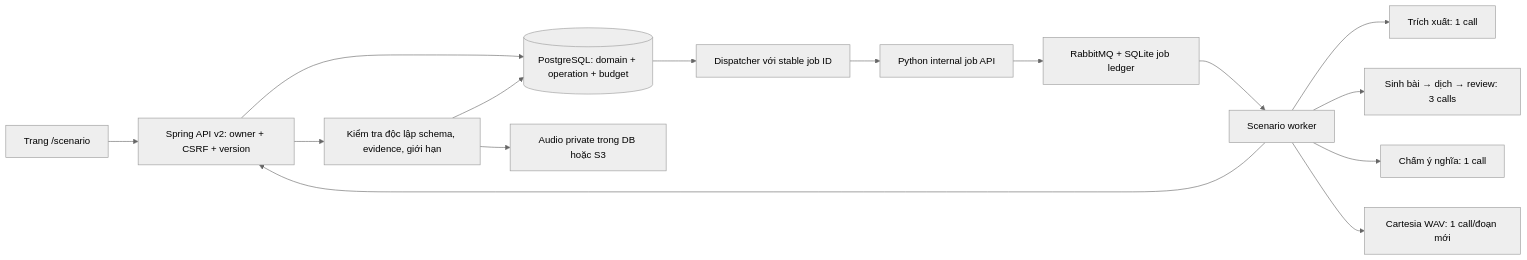
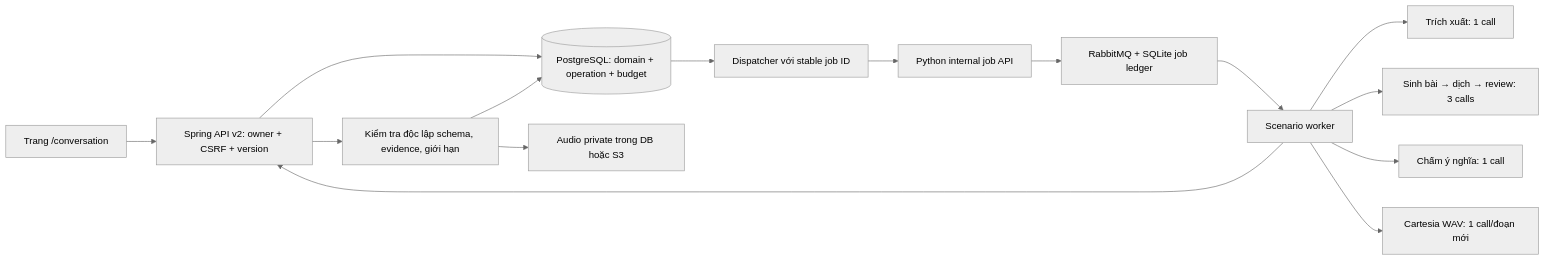
The diagram in docs/scenario-backend-delivery-20261031.md (hoangptkd/dictalab-listening), drawn with Mermaid (neutral theme) before and after one commit. The commit also changed other lines of this file and 22 other files, not shown here.

````diff
--- a/docs/scenario-backend-delivery-20261031.md
+++ b/docs/scenario-backend-delivery-20261031.md
@@ -11,17 +11,17 @@
 ```mermaid
 flowchart LR
-    UI[Trang /scenario] --> Core[Spring API v2: owner + CSRF + version]
+    UI[Trang /conversation] --> Core[Spring API v2: owner + CSRF + version]
     Core --> DB[(PostgreSQL: domain + operation + budget)]
     DB --> Dispatch[Dispatcher với stable job ID]
     Dispatch --> API[Python internal job API]
     API --> Queue[RabbitMQ + SQLite job ledger]
     Queue --> Worker[Scenario worker]
     Worker --> Extract[Trích xuất: 1 call]
     Worker --> Generate[Sinh bài → dịch → review: 3 calls]
     Worker --> Grade[Chấm ý nghĩa: 1 call]
     Worker --> TTS[Cartesia WAV: 1 call/đoạn mới]
     Worker --> Core
     Core --> Validate[Kiểm tra độc lập schema, evidence, giới hạn]
     Validate --> DB
     Validate --> Media[Audio private trong DB hoặc S3]
 ```
````
